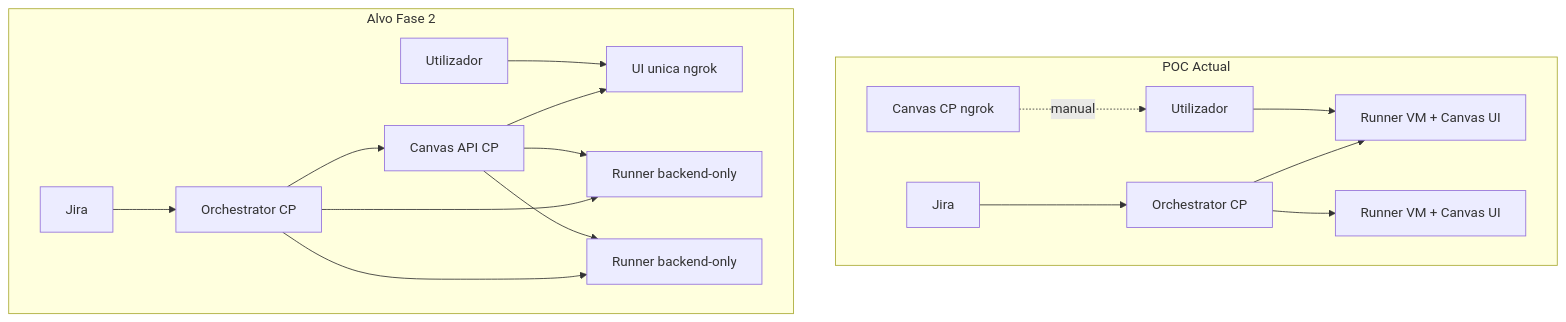
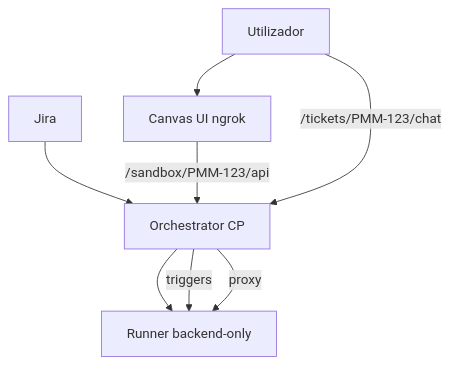
One commit to travagliad/pmm-agentic-flow changed the diagram in docs/architecture-target.md. Above: the diagram before and after it, drawn with Mermaid. The commit also changed other lines of this file and 16 other files, not shown here.

Commit message:
Central UI with backend-only sandbox runners and same-origin proxy

````diff
--- a/docs/architecture-target.md
+++ b/docs/architecture-target.md
@@ -21,21 +29,10 @@
 ```mermaid
 flowchart TB
-  subgraph hoje [POC Actual]
-    J1[Jira] --> O1[Orchestrator CP]
-    O1 --> R1[Runner VM + Canvas UI]
-    O1 --> R2[Runner VM + Canvas UI]
-    U1[Utilizador] --> R1
-    CP1[Canvas CP ngrok] -. manual .-> U1
-  end
-
-  subgraph alvo [Alvo Fase 2]
-    J2[Jira] --> O2[Orchestrator CP]
-    O2 --> API[Canvas API CP]
-    API --> UI[UI unica ngrok]
-    O2 --> L2[Runner backend-only]
-    O2 --> L3[Runner backend-only]
-    API --> L2
-    API --> L3
-    U2[Utilizador] --> UI
-  end
+  J[Jira] --> O[Orchestrator CP]
+  O --> R[Runner backend-only]
+  O -->|triggers| R
+  U[Utilizador] --> UI[Canvas UI ngrok]
+  UI -->|/sandbox/PMM-123/api| O
+  O -->|proxy| R
+  U -->|/tickets/PMM-123/chat| O
 ```
````
